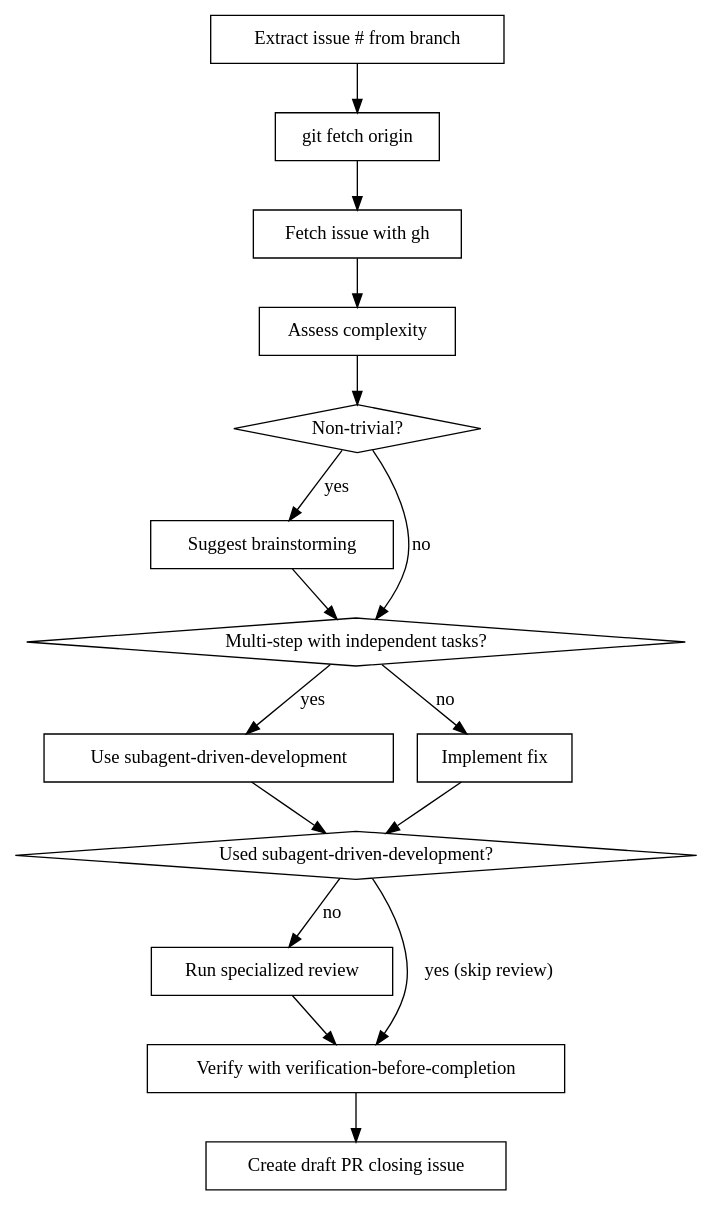
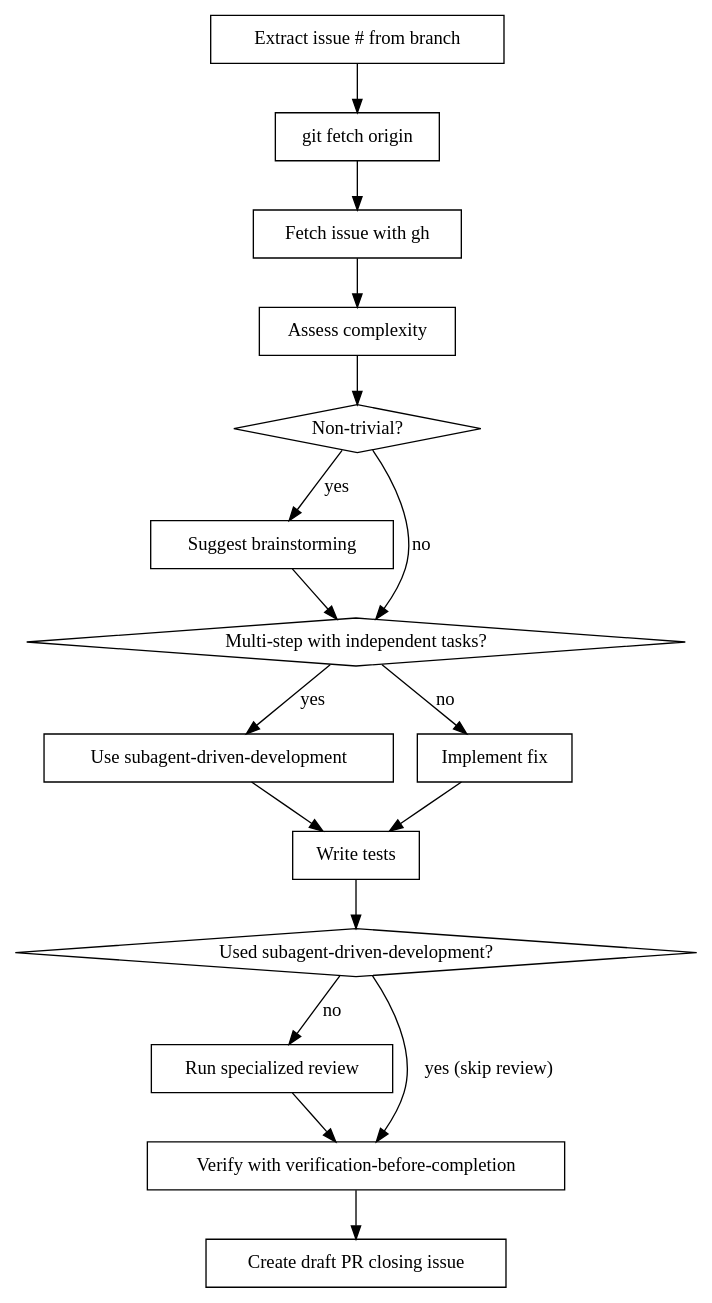
The diagram in commands/fix-gh-issue.md (oalders/kitchen-sink), drawn with Graphviz before and after one commit. The commit also changed other lines of this file and 1 other file, not shown here.

First line of the commit message:
Add /draft-pr command and require tests in /fix-gh-issue

````diff
--- a/commands/fix-gh-issue.md
+++ b/commands/fix-gh-issue.md
@@ -27,33 +27,35 @@
 ```dot
 digraph fix_issue {
     "Extract issue # from branch" [shape=box];
     "git fetch origin" [shape=box];
     "Fetch issue with gh" [shape=box];
     "Assess complexity" [shape=box];
     "Non-trivial?" [shape=diamond];
     "Suggest brainstorming" [shape=box];
     "Multi-step with independent tasks?" [shape=diamond];
     "Use subagent-driven-development" [shape=box];
     "Implement fix" [shape=box];
+    "Write tests" [shape=box];
     "Used subagent-driven-development?" [shape=diamond];
     "Run specialized review" [shape=box];
     "Verify with verification-before-completion" [shape=box];
     "Create draft PR closing issue" [shape=box];
 
     "Extract issue # from branch" -> "git fetch origin";
     "git fetch origin" -> "Fetch issue with gh";
     "Fetch issue with gh" -> "Assess complexity";
     "Assess complexity" -> "Non-trivial?";
     "Non-trivial?" -> "Suggest brainstorming" [label="yes"];
     "Non-trivial?" -> "Multi-step with independent tasks?" [label="no"];
     "Suggest brainstorming" -> "Multi-step with independent tasks?";
     "Multi-step with independent tasks?" -> "Use subagent-driven-development" [label="yes"];
     "Multi-step with independent tasks?" -> "Implement fix" [label="no"];
-    "Use subagent-driven-development" -> "Used subagent-driven-development?";
-    "Implement fix" -> "Used subagent-driven-development?";
+    "Use subagent-driven-development" -> "Write tests";
+    "Implement fix" -> "Write tests";
+    "Write tests" -> "Used subagent-driven-development?";
     "Used subagent-driven-development?" -> "Verify with verification-before-completion" [label="yes (skip review)"];
     "Used subagent-driven-development?" -> "Run specialized review" [label="no"];
     "Run specialized review" -> "Verify with verification-before-completion";
     "Verify with verification-before-completion" -> "Create draft PR closing issue";
 }
 ```
````
